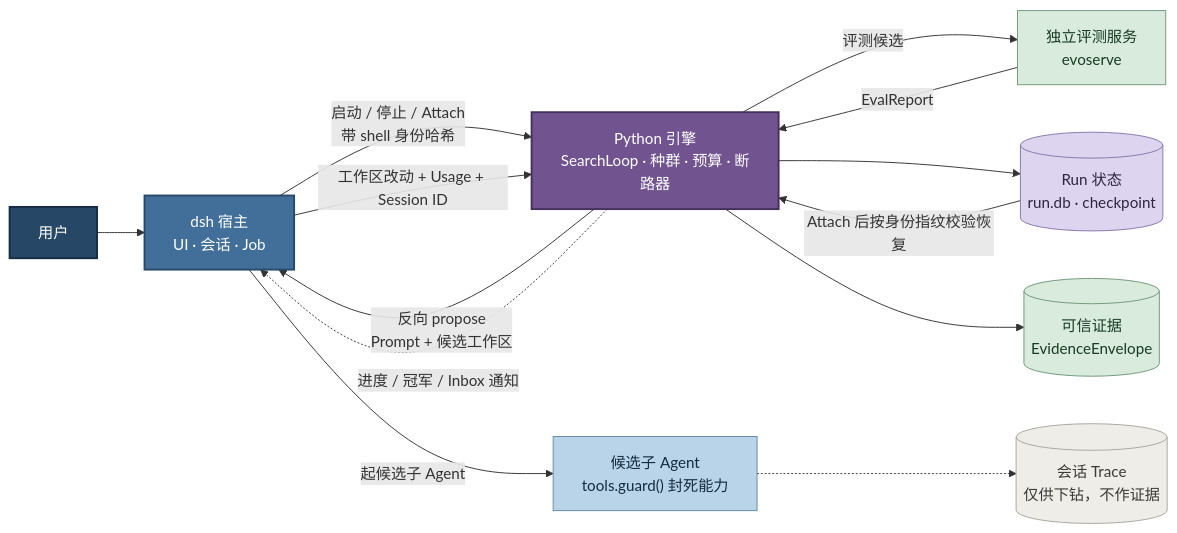
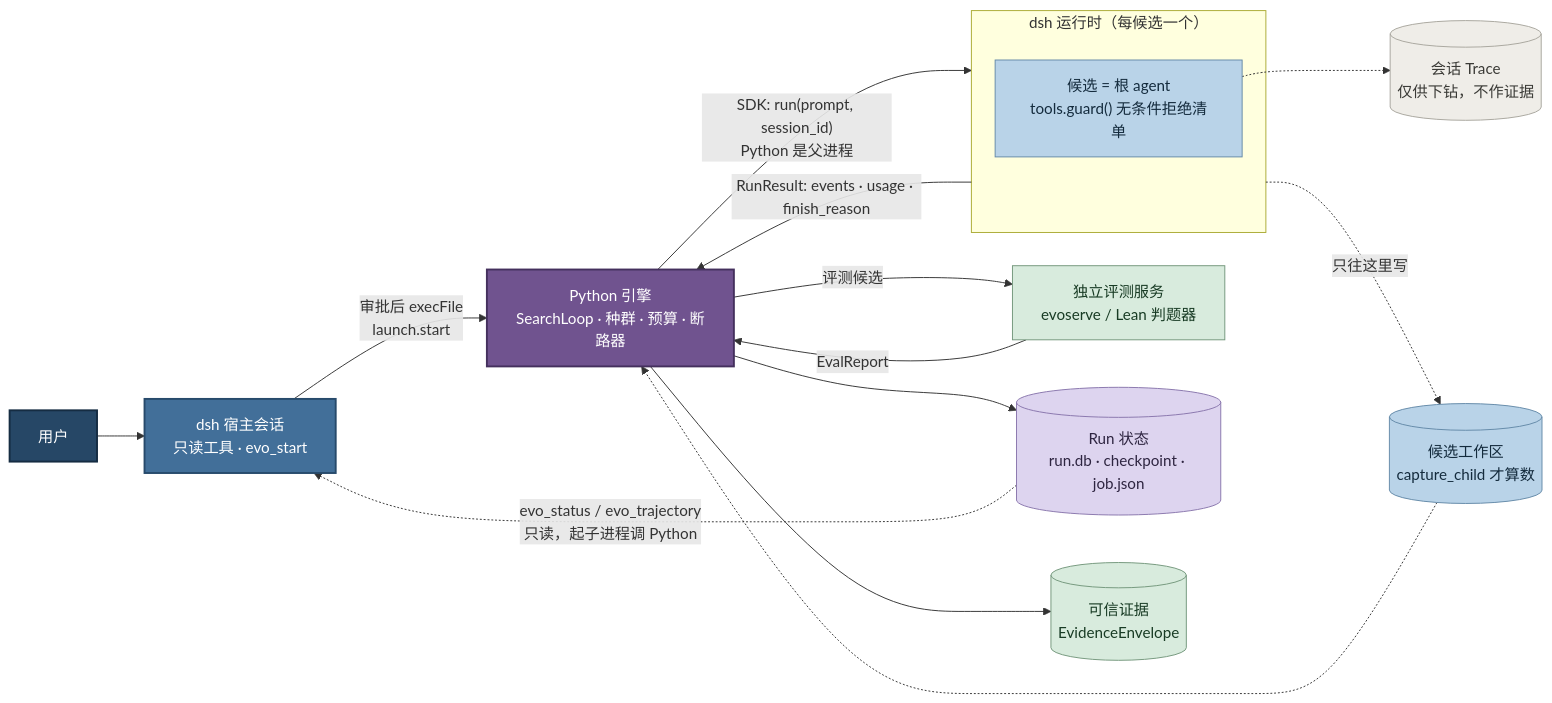
The first of 2 diagrams in todo/DSH 集成.md (YanbiaoLab/EvoHarness-Preview), drawn with Mermaid before and after one commit. The commit also changed other lines of this file and 3 other files, not shown here.

````diff
--- a/todo/DSH 集成.md
+++ b/todo/DSH 集成.md
@@ -11,37 +13,41 @@
 ```mermaid
 flowchart LR
-    USER["用户"] --> DSH["dsh 宿主<br/>UI · 会话 · Job"]
+    USER["用户"] --> HOST["dsh 宿主会话<br/>只读工具 · evo_start"]
 
-    DSH -->|"启动 / 停止 / Attach<br/>带 shell 身份哈希"| PY["Python 引擎<br/>SearchLoop · 种群 · 预算 · 断路器"]
+    HOST -->|"审批后 execFile<br/>launch.start"| PY["Python 引擎<br/>SearchLoop · 种群 · 预算 · 断路器"]
 
-    PY -->|"反向 propose<br/>Prompt + 候选工作区"| DSH
-    DSH -->|"起候选子 Agent"| SA["候选子 Agent<br/>tools.guard() 封死能力"]
-    DSH -->|"工作区改动 + Usage + Session ID"| PY
+    subgraph RT["dsh 运行时（每候选一个）"]
+        CAND["候选 = 根 agent<br/>tools.guard() 无条件拒绝清单"]
+    end
 
-    PY -->|"评测候选"| EVAL["独立评测服务<br/>evoserve"]
+    PY -->|"SDK: run(prompt, session_id)<br/>Python 是父进程"| RT
+    RT -->|"RunResult: events · usage · finish_reason"| PY
+
+    RT -.->|"只往这里写"| WD[("候选工作区<br/>capture_child 才算数")]
+    WD -.-> PY
+
+    PY -->|"评测候选"| EVAL["独立评测服务<br/>evoserve / Lean 判题器"]
     EVAL -->|"EvalReport"| PY
 
-    PY --> STATE[("Run 状态<br/>run.db · checkpoint")]
+    PY --> STATE[("Run 状态<br/>run.db · checkpoint · job.json")]
     PY --> EVIDENCE[("可信证据<br/>EvidenceEnvelope")]
 
-    PY -.->|"进度 / 冠军 / Inbox 通知"| DSH
-    SA -.-> TRACE[("会话 Trace<br/>仅供下钻，不作证据")]
-
-    STATE -->|"Attach 后按身份指纹校验恢复"| PY
+    STATE -.->|"evo_status / evo_trajectory<br/>只读，起子进程调 Python"| HOST
+    CAND -.-> TRACE[("会话 Trace<br/>仅供下钻，不作证据")]
 
     classDef human fill:#264766,stroke:#152C42,color:#FFFFFF,stroke-width:2px
     classDef dshDark fill:#426F99,stroke:#274A6B,color:#FFFFFF,stroke-width:2px
     classDef dshLight fill:#B9D3E8,stroke:#6489A8,color:#142B3D
     classDef spec fill:#DDD4EF,stroke:#8875AC,color:#2E2541
     classDef core fill:#70538F,stroke:#44305D,color:#FFFFFF,stroke-width:2px
     classDef evidence fill:#D8EBDD,stroke:#73977C,color:#183B24
     classDef demoted fill:#EFEDE8,stroke:#A8A69E,color:#3A3A36
 
     class USER human
-    class DSH dshDark
-    class SA dshLight
+    class HOST dshDark
+    class CAND,WD dshLight
     class PY core
     class EVAL,EVIDENCE evidence
     class STATE spec
     class TRACE demoted
 ```
````
